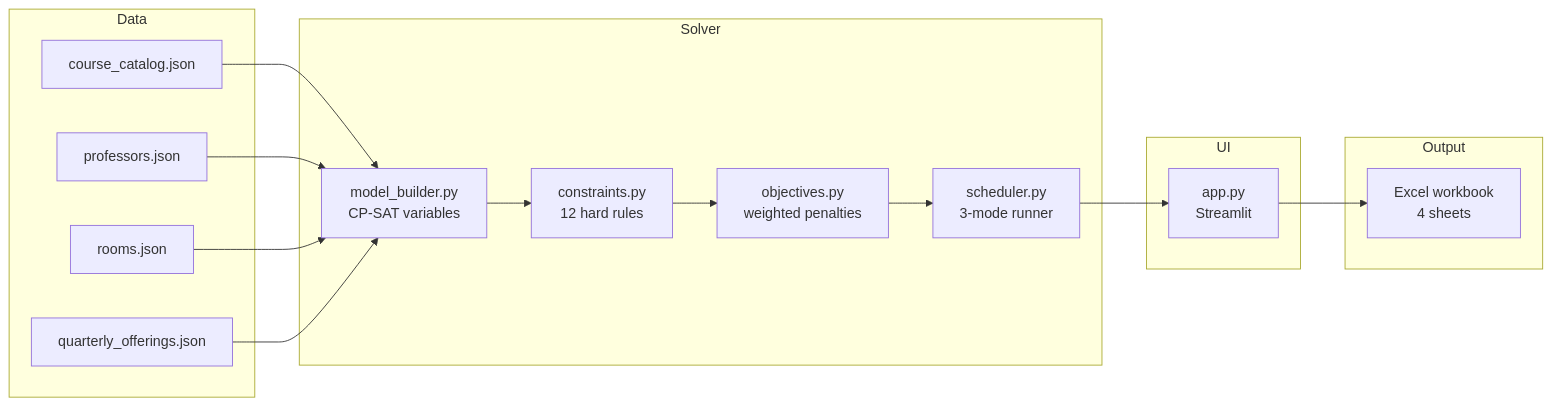
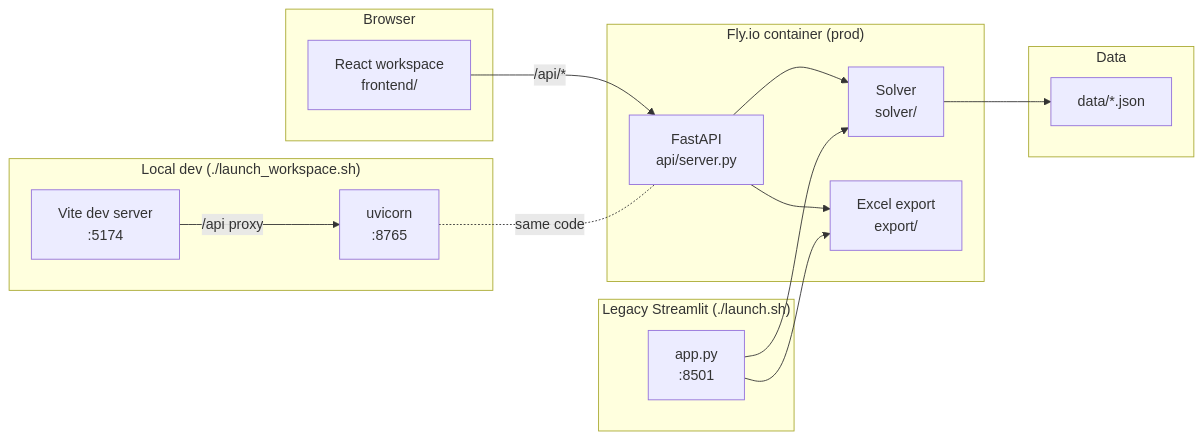
The diagram in README.md (profangrybeard/GAME_Scheduler), drawn with Mermaid before and after one commit. The commit also changed other lines of this file and 5 other files, not shown here.

First line of the commit message:
chore: cleanup + tech debt (docs, CI, state flow)

````diff
--- a/README.md
+++ b/README.md
@@ -100,34 +45,34 @@
 ```mermaid
 flowchart LR
-    subgraph Data
-        CC[course_catalog.json]
-        PJ[professors.json]
-        RJ[rooms.json]
-        QO[quarterly_offerings.json]
+    subgraph Browser
+        RW[React workspace<br/>frontend/]
     end
 
-    subgraph Solver
-        MB[model_builder.py\nCP-SAT variables]
-        CN[constraints.py\n12 hard rules]
-        OB[objectives.py\nweighted penalties]
-        SC[scheduler.py\n3-mode runner]
+    subgraph "Fly.io container (prod)"
+        API[FastAPI<br/>api/server.py]
+        SC[Solver<br/>solver/]
+        EX[Excel export<br/>export/]
+        API --> SC
+        API --> EX
     end
 
-    subgraph UI
-        AP[app.py\nStreamlit]
+    subgraph "Local dev (./launch_workspace.sh)"
+        VITE[Vite dev server<br/>:5174]
+        UV[uvicorn<br/>:8765]
     end
 
-    subgraph Output
-        XL[Excel workbook\n4 sheets]
+    subgraph "Legacy Streamlit (./launch.sh)"
+        ST[app.py<br/>:8501]
+        ST --> SC
+        ST --> EX
     end
 
-    CC --> MB
-    PJ --> MB
-    RJ --> MB
-    QO --> MB
-    MB --> CN
-    CN --> OB
-    OB --> SC
-    SC --> AP
-    AP --> XL
+    subgraph Data
+        DJ[data/*.json]
+    end
+
+    RW -- "/api/*" --> API
+    VITE -- "/api proxy" --> UV
+    UV -.same code.- API
+    SC --> DJ
 ```
````
